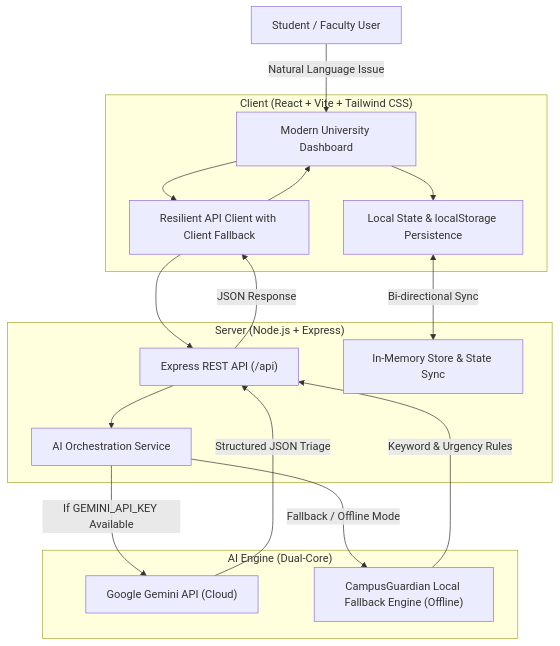
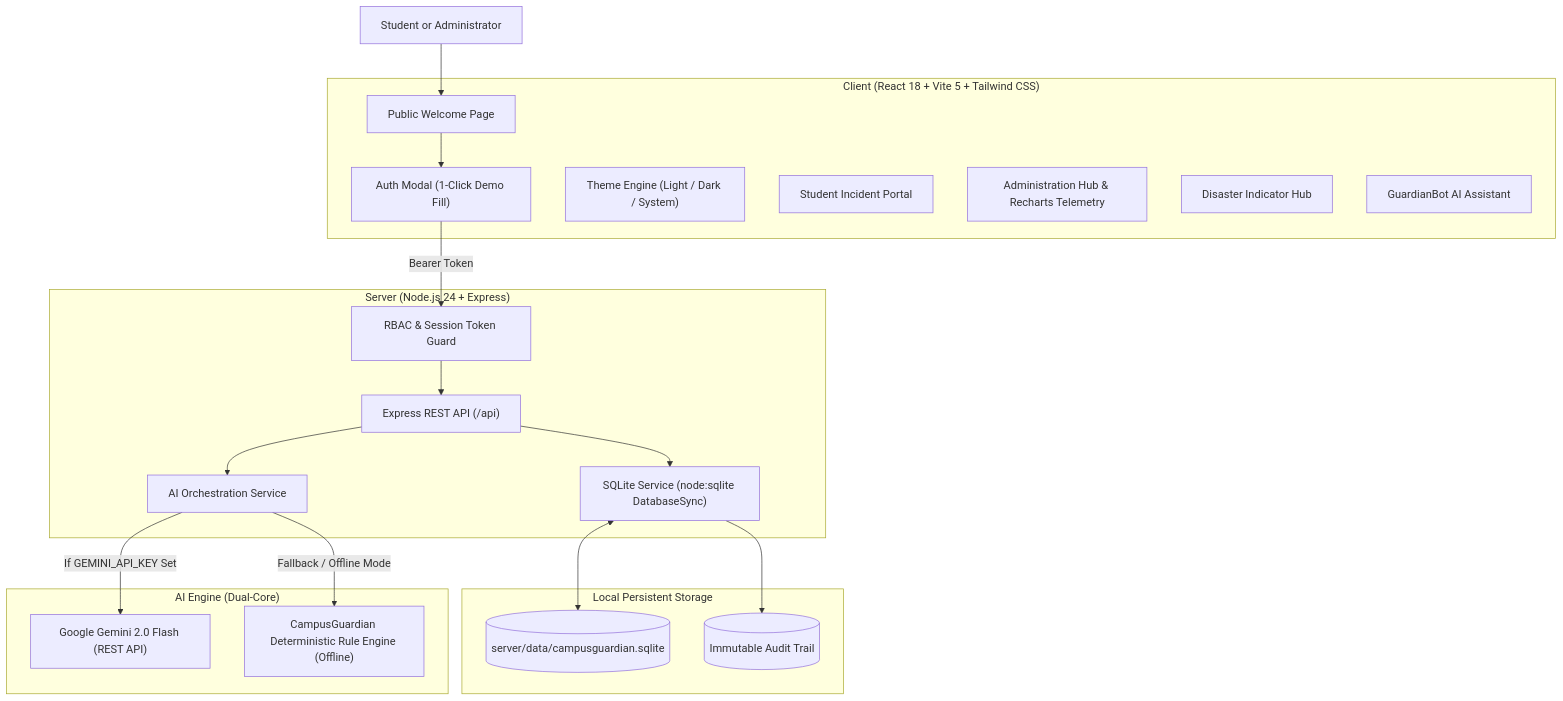
Before and after one commit to vaibhavpatilvaibhu-alt/Hackathon: the diagram in README.md, drawn with Mermaid. The commit also changed other lines of this file and 26 other files, not shown here.

Commit message:
Update CampusGuardian AI project files

````diff
--- a/README.md
+++ b/README.md
@@ -25,37 +29,43 @@
 ```mermaid
 flowchart TD
-    User["Student / Faculty User"]
+    User["Student or Administrator"]
     
-    subgraph Frontend ["Client (React + Vite + Tailwind CSS)"]
-        UI["Modern University Dashboard"]
-        Store["Local State & localStorage Persistence"]
-        ApiClient["Resilient API Client with Client Fallback"]
+    subgraph Frontend ["Client (React 18 + Vite 5 + Tailwind CSS)"]
+        Welcome["Public Welcome Page"]
+        AuthM["Auth Modal (1-Click Demo Fill)"]
+        Theme["Theme Engine (Light / Dark / System)"]
+        StudDash["Student Incident Portal"]
+        AdminDash["Administration Hub & Recharts Telemetry"]
+        Disaster["Disaster Indicator Hub"]
+        AIAssist["GuardianBot AI Assistant"]
     end
     
-    subgraph Backend ["Server (Node.js + Express)"]
+    subgraph Backend ["Server (Node.js 24 + Express)"]
+        AuthMiddleware["RBAC & Session Token Guard"]
         Router["Express REST API (/api)"]
+        DBService["SQLite Service (node:sqlite DatabaseSync)"]
         AIService["AI Orchestration Service"]
-        ReportStore["In-Memory Store & State Sync"]
+    end
+    
+    subgraph PersistentStorage ["Local Persistent Storage"]
+        SQLiteDB[("server/data/campusguardian.sqlite")]
+        AuditLog[("Immutable Audit Trail")]
     end
     
     subgraph AI_Intelligence ["AI Engine (Dual-Core)"]
-        Gemini["Google Gemini API (Cloud)"]
-        LocalEngine["CampusGuardian Local Fallback Engine (Offline)"]
+        GeminiCloud["Google Gemini 2.0 Flash (REST API)"]
+        LocalRuleEngine["CampusGuardian Deterministic Rule Engine (Offline)"]
     end
 
-    User -->|Natural Language Issue| UI
-    UI --> Store
-    UI --> ApiClient
-    ApiClient --> Router
+    User --> Welcome
+    Welcome --> AuthM
+    AuthM -->|Bearer Token| AuthMiddleware
+    AuthMiddleware --> Router
+    Router --> DBService
+    DBService <--> SQLiteDB
+    DBService --> AuditLog
+    
     Router --> AIService
-    
-    AIService -->|If GEMINI_API_KEY Available| Gemini
-    AIService -->|Fallback / Offline Mode| LocalEngine
-    
-    Gemini -->|Structured JSON Triage| Router
-    LocalEngine -->|Keyword & Urgency Rules| Router
-    
-    Router -->|JSON Response| ApiClient
-    ApiClient --> UI
-    Store <-->|Bi-directional Sync| ReportStore
+    AIService -->|If GEMINI_API_KEY Set| GeminiCloud
+    AIService -->|Fallback / Offline Mode| LocalRuleEngine
 ```
````
